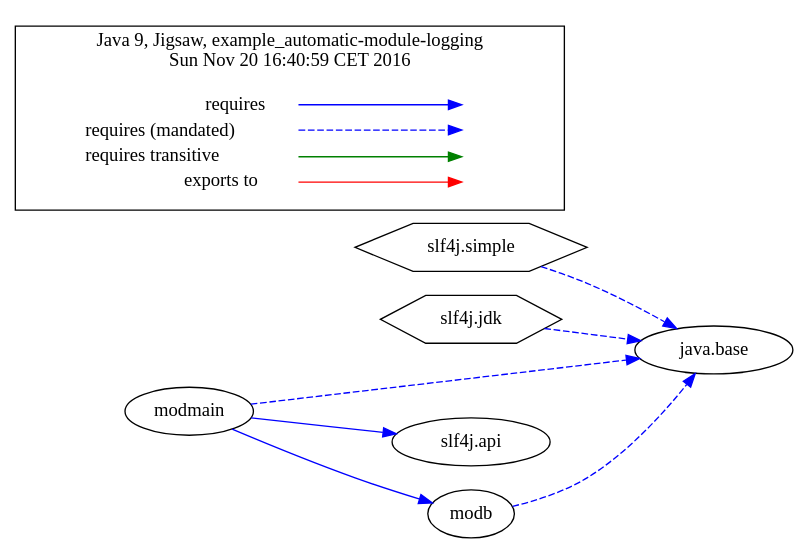
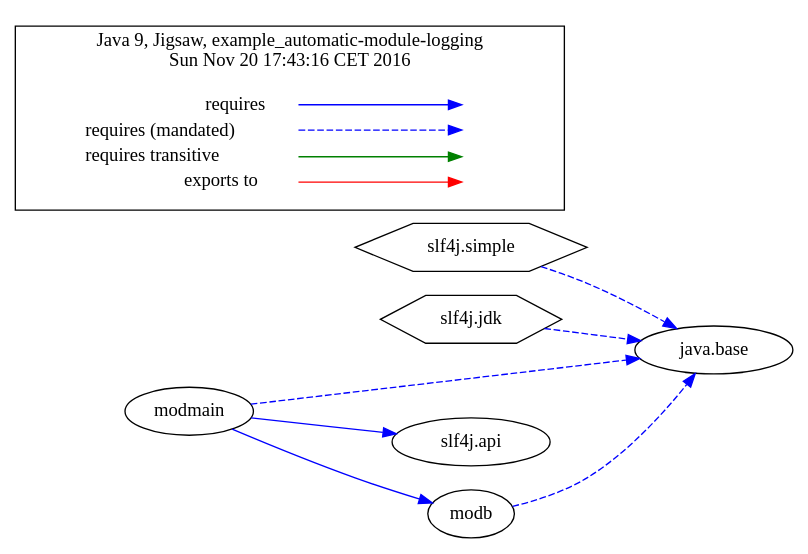
The diagram in jigsaw-examples/example_automatic-module-logging/moduledependencies-withlegend.dot (accso/java9-jigsaw-examples), drawn with Graphviz before and after one commit. The commit also changed 84 other files, not shown here.

```diff
--- a/jigsaw-examples/example_automatic-module-logging/moduledependencies-withlegend.dot
+++ b/jigsaw-examples/example_automatic-module-logging/moduledependencies-withlegend.dot
@@ -1,38 +1,38 @@
-# Created by depvis.JigsawDepVisualizer on Sun Nov 20 16:40:59 CET 2016
+# Created by depvis.JigsawDepVisualizer on Sun Nov 20 17:43:16 CET 2016
 digraph Java9_Dependency_Visualizer {
 slf4j_simple[fontname="Consolas",shape="hexagon",label="slf4j.simple"];
 java_base[fontname="Consolas",shape="ellipse",label="java.base"];
 slf4j_jdk[fontname="Consolas",shape="hexagon",label="slf4j.jdk"];
 modmain[fontname="Consolas",shape="ellipse",label="modmain"];
 slf4j_api[fontname="Consolas",shape="ellipse",label="slf4j.api"];
 modb[fontname="Consolas",shape="ellipse",label="modb"];
 slf4j_simple -> java_base[color="#0000ff",fontname="Consolas",fontcolor="#0000ff",style="dashed",weight="16"]
 slf4j_jdk -> java_base[color="#0000ff",fontname="Consolas",fontcolor="#0000ff",style="dashed",weight="16"]
 modmain -> slf4j_api[color="#0000ff",fontname="Consolas",fontcolor="#0000ff",weight="8"]
 modmain -> modb[color="#0000ff",fontname="Consolas",fontcolor="#0000ff",weight="8"]
 modmain -> java_base[color="#0000ff",fontname="Consolas",fontcolor="#0000ff",style="dashed",weight="16"]
 modb -> java_base[color="#0000ff",fontname="Consolas",fontcolor="#0000ff",style="dashed",weight="16"]
 rankdir=LR
 node [shape=plaintext]
 subgraph cluster_01 { 
   label = "Java 9, Jigsaw, example_automatic-module-logging
-Sun Nov 20 16:40:59 CET 2016"
+Sun Nov 20 17:43:16 CET 2016"
   fontname="Consolas"
   key [label=<<table border="0" cellpadding="2" cellspacing="0" cellborder="0">
     <tr><td align="right" port="i1">requires</td></tr>
     <tr><td align="right" port="i2">requires (mandated)</td></tr>
     <tr><td align="right" port="i3">requires transitive</td></tr>
     <tr><td align="right" port="i4">exports to</td></tr>
     </table>>,fontname="Consolas"]
   key2 [label=<<table border="0" cellpadding="2" cellspacing="0" cellborder="0">
     <tr><td port="i1">&nbsp;</td></tr>
     <tr><td port="i2">&nbsp;</td></tr>
     <tr><td port="i3">&nbsp;</td></tr>
     <tr><td port="i4">&nbsp;</td></tr>
     </table>>,fontname="Consolas"]
   key:i1:e -> key2:i1:w [color=BLUE]
   key:i2:e -> key2:i2:w [color=BLUE, style=dashed]
   key:i3:e -> key2:i3:w [color=GREEN]
   key:i4:e -> key2:i4:w [color=RED]
 }
 }
```
